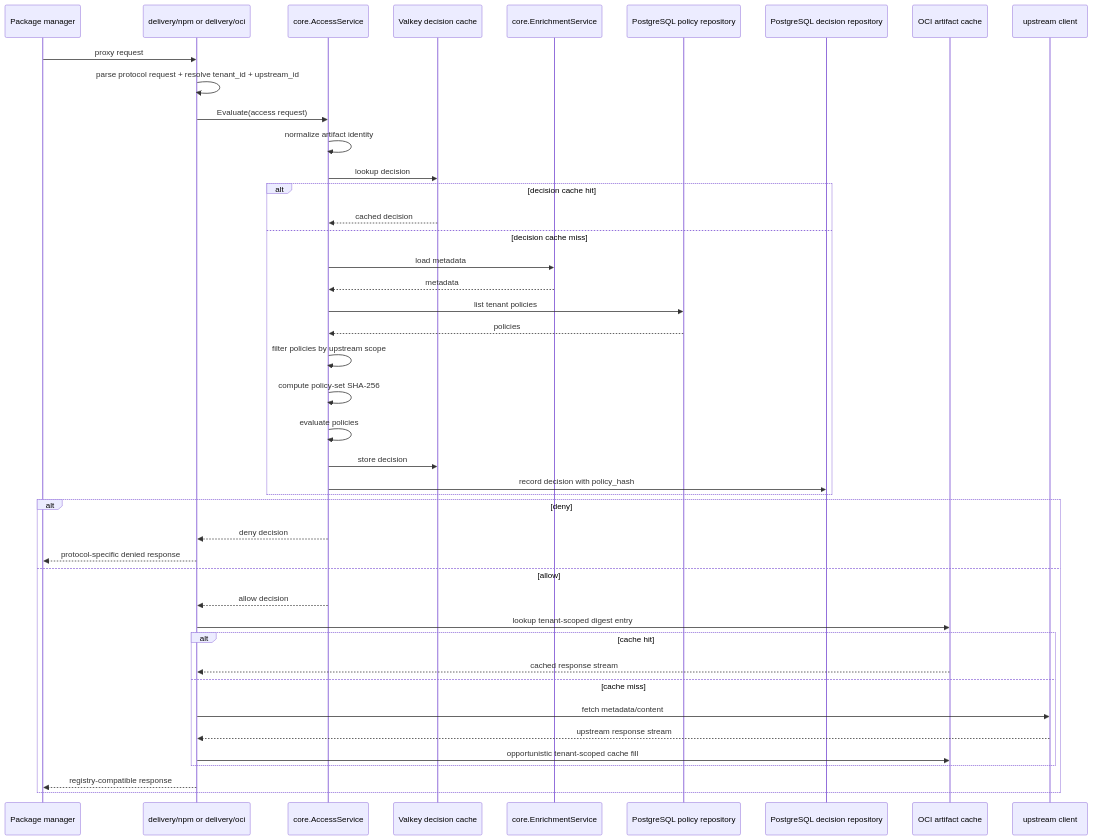
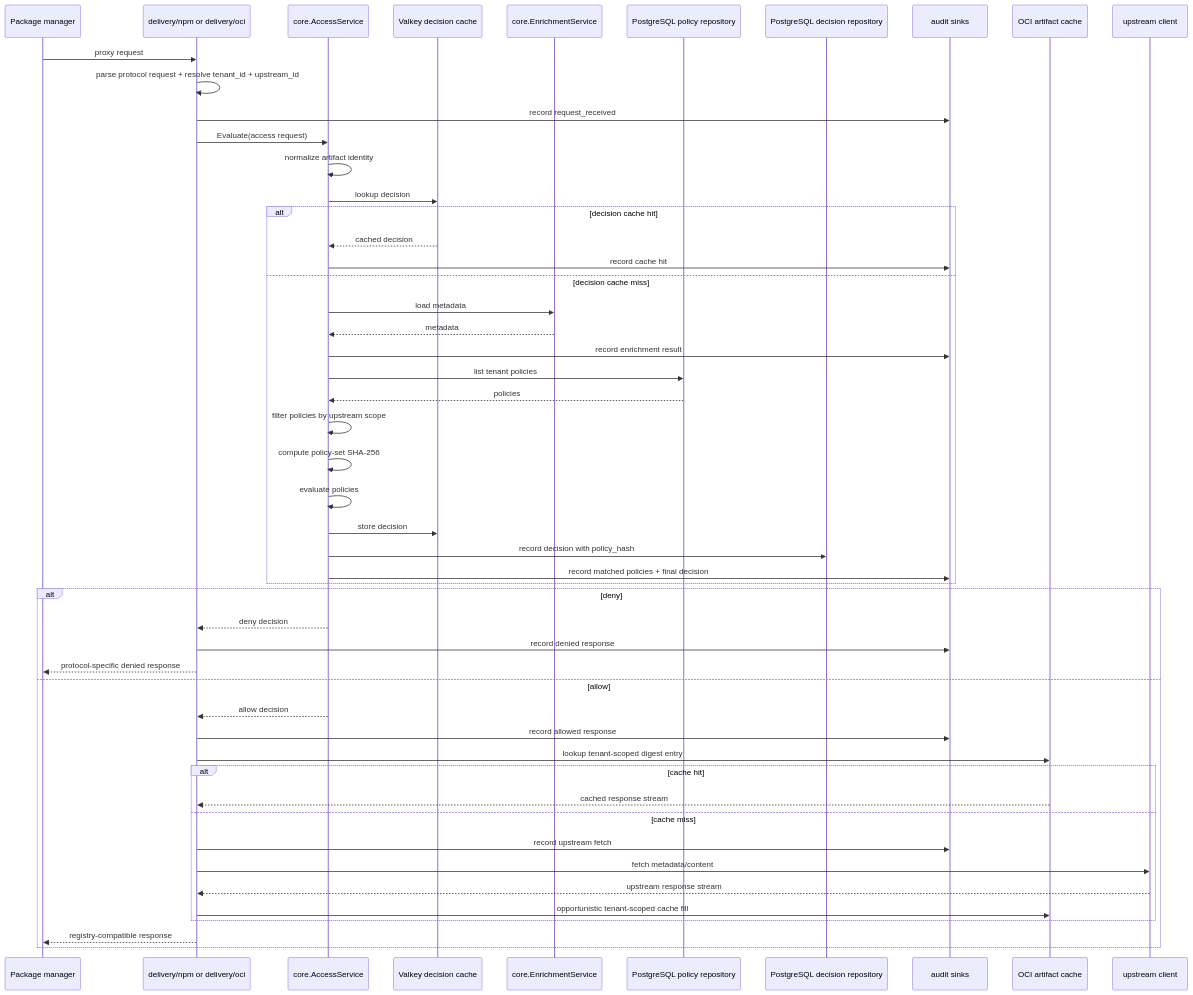
The third of 4 diagrams in docs/architecture.md (terrpan/dependency-firewall), drawn with Mermaid before and after one commit. The commit also changed other lines of this file and 44 other files, not shown here.

````diff
--- a/docs/architecture.md
+++ b/docs/architecture.md
@@ -183,48 +189,56 @@
 ```mermaid
 sequenceDiagram
     participant client as Package manager
     participant delivery as delivery/npm or delivery/oci
     participant access as core.AccessService
     participant dcache as Valkey decision cache
     participant enrich as core.EnrichmentService
     participant policyrepo as PostgreSQL policy repository
     participant decisionrepo as PostgreSQL decision repository
+    participant audit as audit sinks
     participant ocicache as OCI artifact cache
     participant upstream as upstream client
 
     client->>delivery: proxy request
     delivery->>delivery: parse protocol request + resolve tenant_id + upstream_id
+    delivery->>audit: record request_received
     delivery->>access: Evaluate(access request)
     access->>access: normalize artifact identity
     access->>dcache: lookup decision
 
     alt decision cache hit
         dcache-->>access: cached decision
+        access->>audit: record cache hit
     else decision cache miss
         access->>enrich: load metadata
         enrich-->>access: metadata
+        access->>audit: record enrichment result
         access->>policyrepo: list tenant policies
         policyrepo-->>access: policies
         access->>access: filter policies by upstream scope
         access->>access: compute policy-set SHA-256
         access->>access: evaluate policies
         access->>dcache: store decision
         access->>decisionrepo: record decision with policy_hash
+        access->>audit: record matched policies + final decision
     end
 
     alt deny
         access-->>delivery: deny decision
+        delivery->>audit: record denied response
         delivery-->>client: protocol-specific denied response
     else allow
         access-->>delivery: allow decision
+        delivery->>audit: record allowed response
         delivery->>ocicache: lookup tenant-scoped digest entry
         alt cache hit
             ocicache-->>delivery: cached response stream
         else cache miss
+            delivery->>audit: record upstream fetch
             delivery->>upstream: fetch metadata/content
             upstream-->>delivery: upstream response stream
             delivery->>ocicache: opportunistic tenant-scoped cache fill
         end
         delivery-->>client: registry-compatible response
     end
 ```
````
